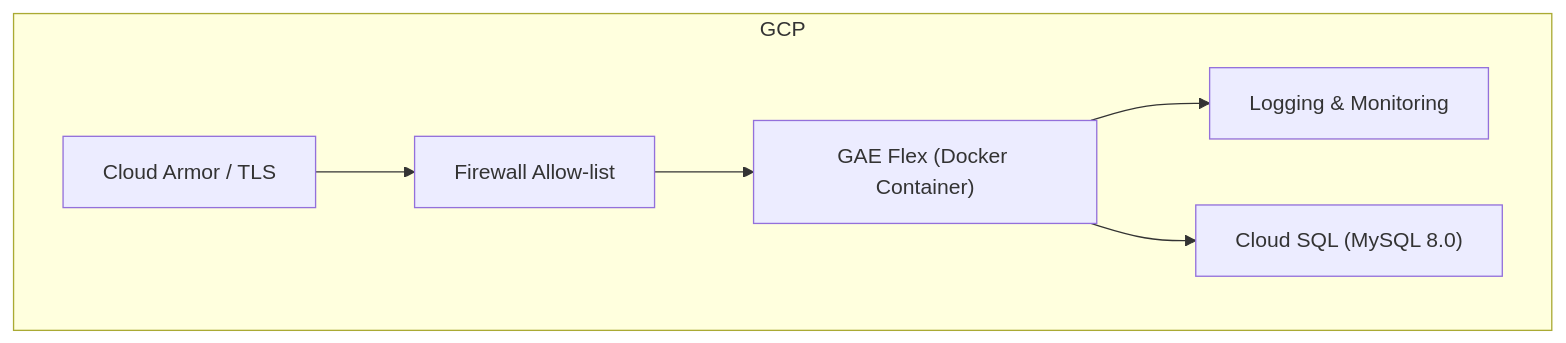
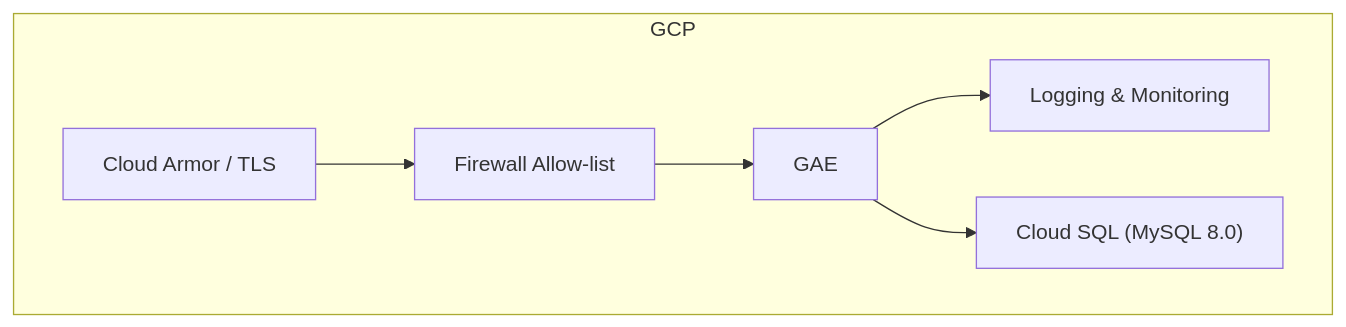
Before and after one commit to ppark-jjong/TWLKRTMS-releaseRepository: the second of 2 diagrams in README.md, drawn with Mermaid. The commit also changed other lines of this file and 8 other files, not shown here.

````diff
--- a/README.md
+++ b/README.md
@@ -47,12 +47,12 @@
 ```mermaid
 flowchart TD
     subgraph GCP
         CA["Cloud Armor / TLS"]
         FW["Firewall Allow‑list"]
-        GAE["GAE Flex (Docker Container)"]
+        GAE["GAE"]
         Log["Logging & Monitoring"]
         SQL["Cloud SQL (MySQL 8.0)"]
         CA --> FW --> GAE --> Log
         GAE --> SQL
     end
 ```
````
